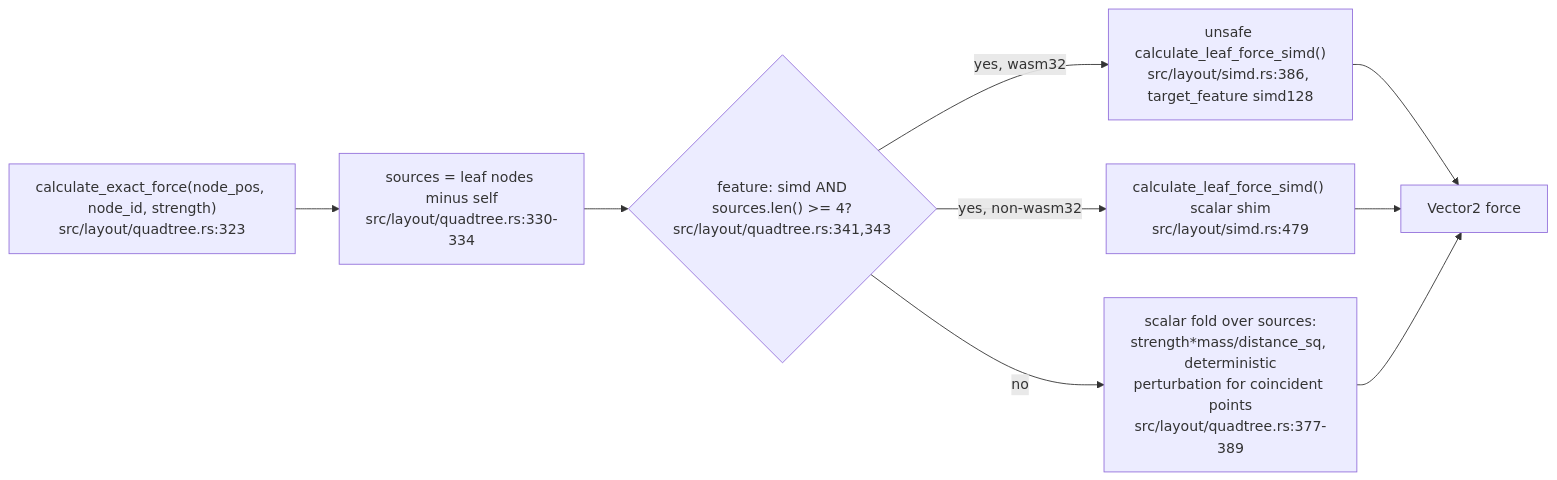
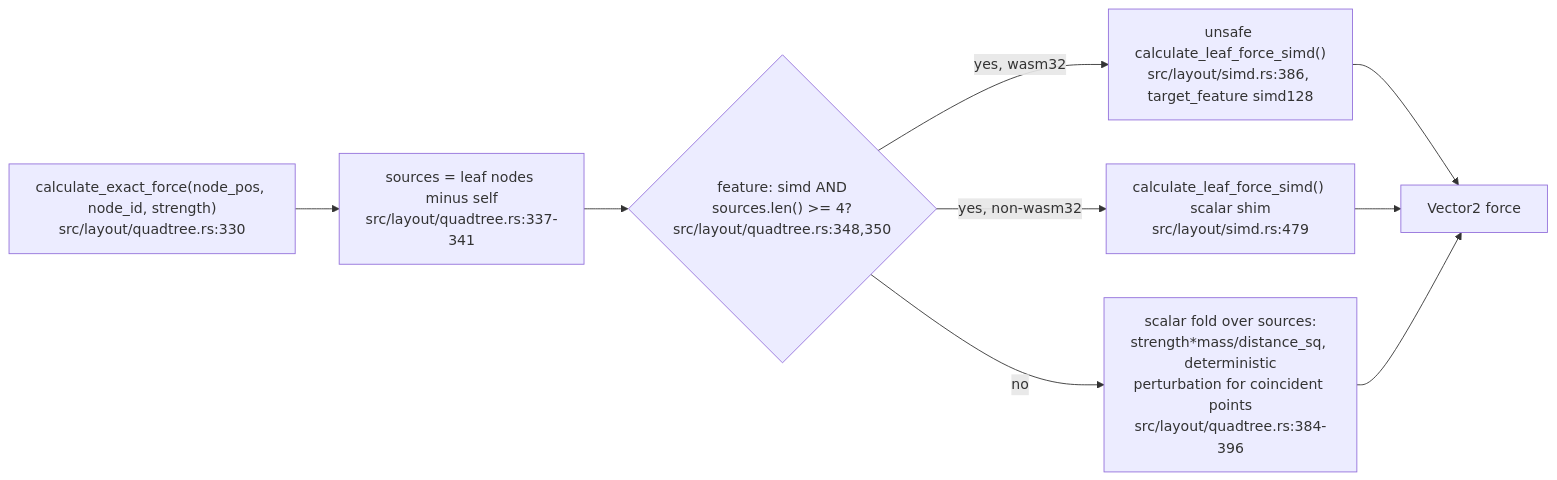
Before and after one commit to DreamLab-AI/VisionFlow: the fourth of 9 diagrams in docs/diagrams/vowl-wasm/03-force-layout-lifecycle.md, drawn with Mermaid. The commit also changed other lines of this file and 36 other files, not shown here.

First line of the commit message:
docs(diagrams): re-derive and re-stamp agentbox, dream-engine, visioncraft, visiontouch and vowl topics; drop LAN addresses

````diff
--- a/docs/diagrams/vowl-wasm/03-force-layout-lifecycle.md
+++ b/docs/diagrams/vowl-wasm/03-force-layout-lifecycle.md
@@ -83,11 +83,11 @@
 ```mermaid
 flowchart LR
-    LEAF["calculate_exact_force(node_pos, node_id, strength)<br/>src/layout/quadtree.rs:323"] --> FILT["sources = leaf nodes minus self<br/>src/layout/quadtree.rs:330-334"]
-    FILT --> GATE{"feature: simd AND<br/>sources.len() >= 4?<br/>src/layout/quadtree.rs:341,343"}
+    LEAF["calculate_exact_force(node_pos, node_id, strength)<br/>src/layout/quadtree.rs:330"] --> FILT["sources = leaf nodes minus self<br/>src/layout/quadtree.rs:337-341"]
+    FILT --> GATE{"feature: simd AND<br/>sources.len() >= 4?<br/>src/layout/quadtree.rs:348,350"}
     GATE -->|yes, wasm32| SIMDW["unsafe calculate_leaf_force_simd()<br/>src/layout/simd.rs:386, target_feature simd128"]
     GATE -->|yes, non-wasm32| SIMDN["calculate_leaf_force_simd() scalar shim<br/>src/layout/simd.rs:479"]
-    GATE -->|no| SCALAR["scalar fold over sources:<br/>strength*mass/distance_sq, deterministic<br/>perturbation for coincident points<br/>src/layout/quadtree.rs:377-389"]
+    GATE -->|no| SCALAR["scalar fold over sources:<br/>strength*mass/distance_sq, deterministic<br/>perturbation for coincident points<br/>src/layout/quadtree.rs:384-396"]
     SIMDW --> OUT["Vector2<f64> force"]
     SIMDN --> OUT
     SCALAR --> OUT
 ```
````
